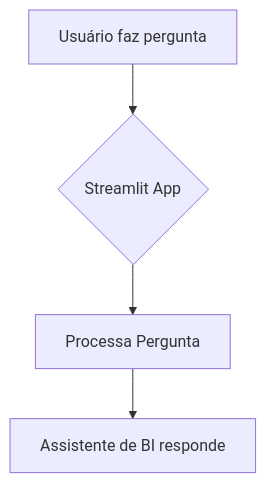
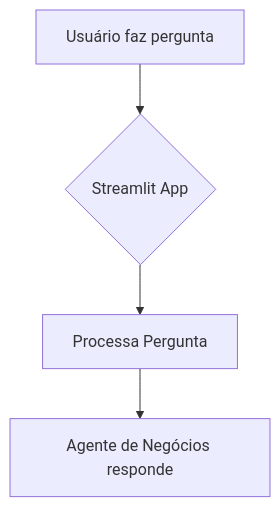
One commit to Andrejr82/Agent_Business changed the first of 6 diagrams in README.md. Above: the diagram before and after it, drawn with Mermaid. The commit also changed other lines of this file and 87 other files, not shown here.

````diff
--- a/README.md
+++ b/README.md
@@ -74,6 +74,6 @@
 ```mermaid
 graph TD
     A[Usuário faz pergunta] --> B{Streamlit App};
     B --> C[Processa Pergunta];
-    C --> D[Assistente de BI responde];
+    C --> D[Agente de Negócios responde];
 ```
````
